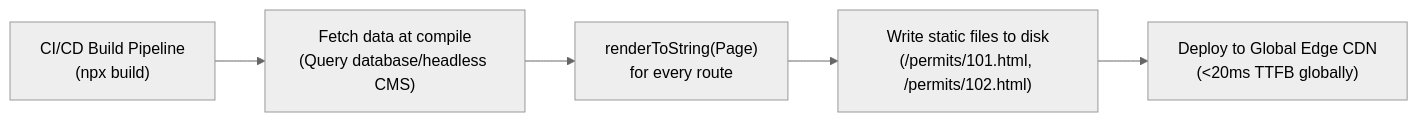
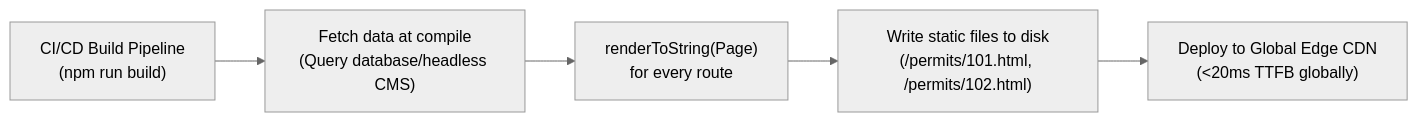
One commit to polla-fattah/frontend-book changed the fourth of 11 diagrams in content/book/Chapter_11_Rendering_Topologies_CSR_SSR_SSG_and_Beyond.md. Above: the diagram before and after it, drawn with Mermaid (neutral theme). The commit also changed other lines of this file, not shown here.

First line of the commit message:
fix(ch11): correct outdated terminology and diagram errors

````diff
--- a/content/book/Chapter_11_Rendering_Topologies_CSR_SSR_SSG_and_Beyond.md
+++ b/content/book/Chapter_11_Rendering_Topologies_CSR_SSR_SSG_and_Beyond.md
@@ -135,7 +135,7 @@
 ```mermaid
 flowchart LR
-    A["CI/CD Build Pipeline\n(npx build)"] --> B["Fetch data at compile\n(Query database/headless CMS)"]
+    A["CI/CD Build Pipeline\n(npm run build)"] --> B["Fetch data at compile\n(Query database/headless CMS)"]
     B --> C["renderToString(Page)\nfor every route"]
     C --> D["Write static files to disk\n(/permits/101.html, /permits/102.html)"]
     D --> E["Deploy to Global Edge CDN\n(<20ms TTFB globally)"]
 ```
````
